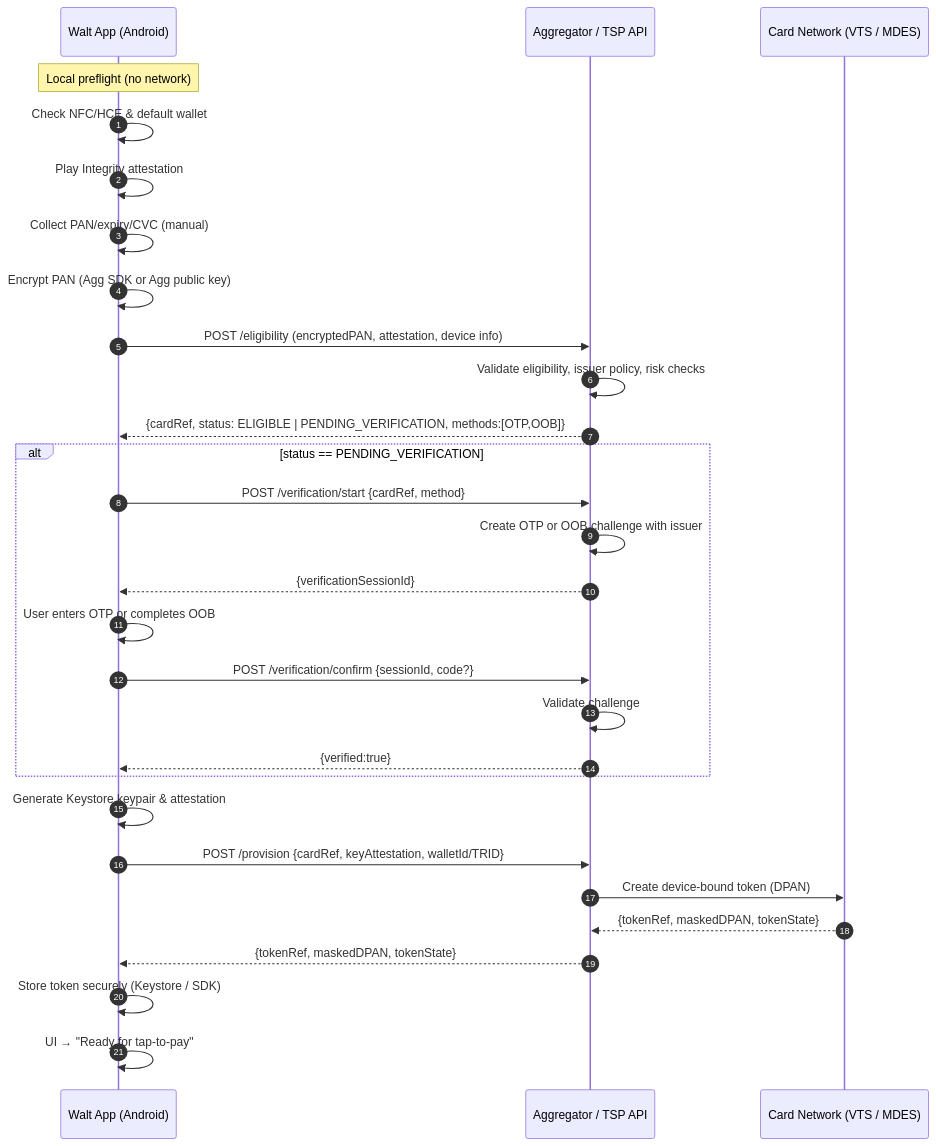
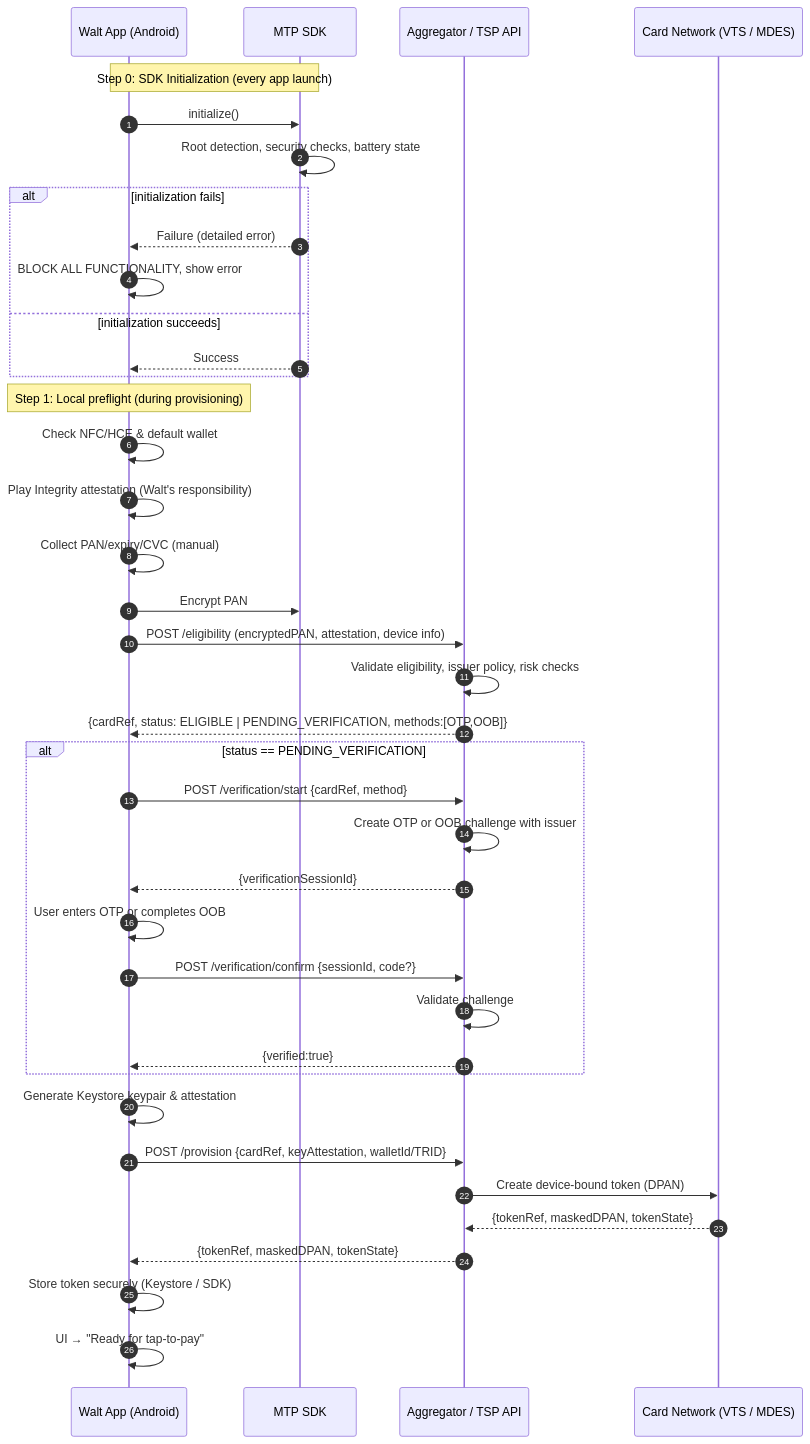
Before and after one commit to walt-app/walt-architecture: the diagram in docs/card-loading/README.md, drawn with Mermaid. The commit also changed other lines of this file, not shown here.

First line of the commit message:
docs: Add MTP SDK initialization step to card loading process

````diff
--- a/docs/card-loading/README.md
+++ b/docs/card-loading/README.md
@@ -19,40 +32,51 @@
 ```mermaid
 sequenceDiagram
   autonumber
   participant App as Walt App (Android)
+  participant SDK as MTP SDK
   participant Agg as Aggregator / TSP API
   participant TSP as Card Network (VTS / MDES)
 
-  Note over App: Local preflight (no network)
+  Note over App,SDK: Step 0: SDK Initialization (every app launch)
+  App->>SDK: initialize()
+  SDK->>SDK: Root detection, security checks, battery state
+  alt initialization fails
+    SDK-->>App: Failure (detailed error)
+    App->>App: BLOCK ALL FUNCTIONALITY, show error
+  else initialization succeeds
+    SDK-->>App: Success
+  end
+
+  Note over App: Step 1: Local preflight (during provisioning)
   App->>App: Check NFC/HCE & default wallet
-  App->>App: Play Integrity attestation
+  App->>App: Play Integrity attestation (Walt's responsibility)
   App->>App: Collect PAN/expiry/CVC (manual)
-  App->>App: Encrypt PAN (Agg SDK or Agg public key)
+  App->>SDK: Encrypt PAN
 
   %% Eligibility
   App->>Agg: POST /eligibility (encryptedPAN, attestation, device info)
   Agg->>Agg: Validate eligibility, issuer policy, risk checks
   Agg-->>App: {cardRef, status: ELIGIBLE | PENDING_VERIFICATION, methods:[OTP,OOB]}
 
   %% Step-up verification (if needed)
   alt status == PENDING_VERIFICATION
     App->>Agg: POST /verification/start {cardRef, method}
     Agg->>Agg: Create OTP or OOB challenge with issuer
     Agg-->>App: {verificationSessionId}
 
     App->>App: User enters OTP or completes OOB
     App->>Agg: POST /verification/confirm {sessionId, code?}
     Agg->>Agg: Validate challenge
     Agg-->>App: {verified:true}
   end
 
   %% Provisioning
   App->>App: Generate Keystore keypair & attestation
   App->>Agg: POST /provision {cardRef, keyAttestation, walletId/TRID}
   Agg->>TSP: Create device-bound token (DPAN)
   TSP-->>Agg: {tokenRef, maskedDPAN, tokenState}
   Agg-->>App: {tokenRef, maskedDPAN, tokenState}
 
   App->>App: Store token securely (Keystore / SDK)
   App->>App: UI → "Ready for tap-to-pay"
 ```
````
